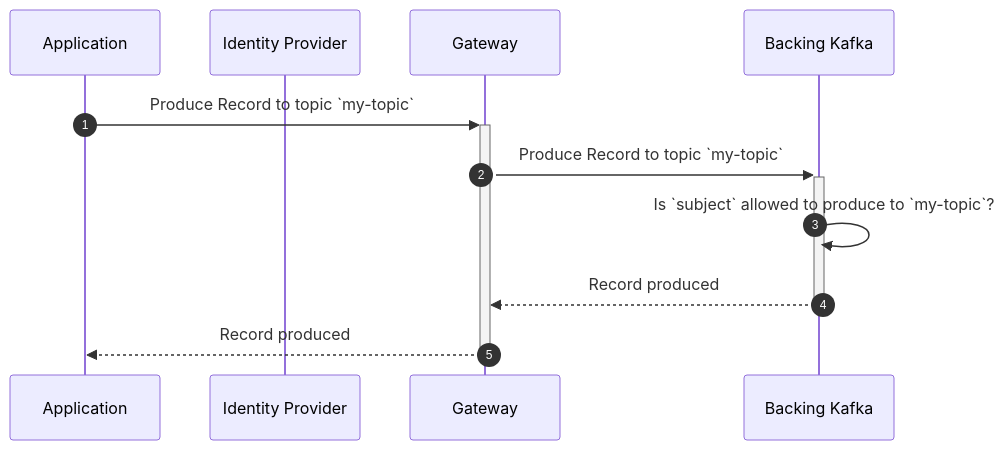
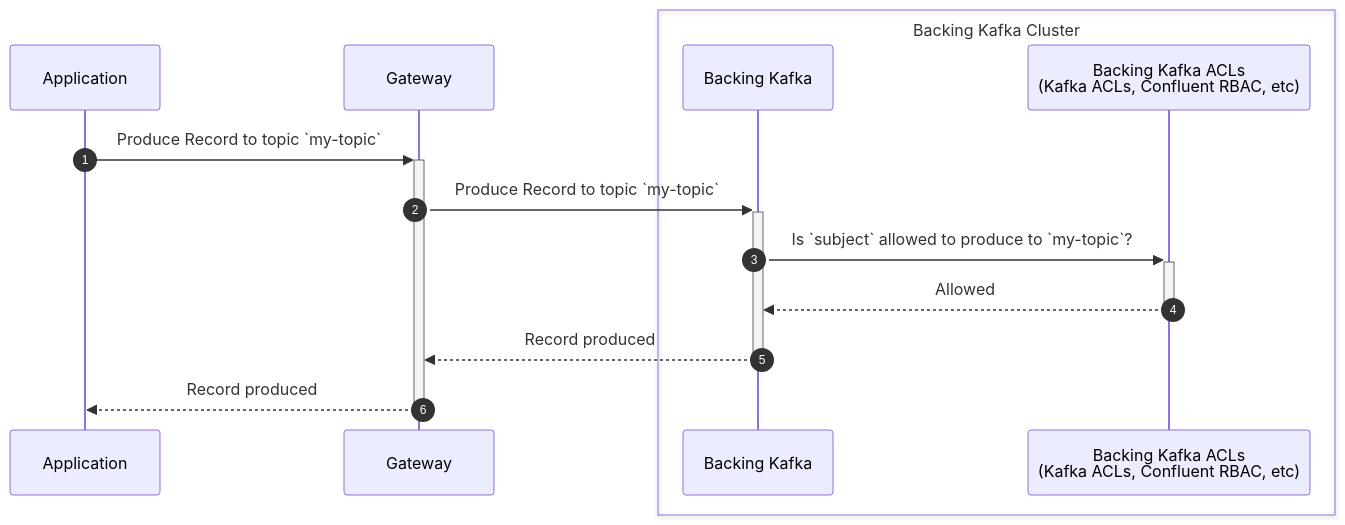
One commit to conduktor/conduktor-docs changed the eighth of 8 diagrams in docs/gateway/configuration/index.md. Above: the diagram before and after it, drawn with Mermaid. The commit also changed other lines of this file, not shown here.

Commit message:
Option: with Backing Kafka ACLs

````diff
--- a/docs/gateway/configuration/index.md
+++ b/docs/gateway/configuration/index.md
@@ -173,13 +187,17 @@
 ```mermaid
 sequenceDiagram
 	autonumber
 	participant A as Application 
-	participant I as Identity Provider
     participant GW as Gateway
+    box Backing Kafka Cluster
     participant K as Backing Kafka 
+    participant K2 as Backing Kafka ACLs<br/>(Kafka ACLs, Confluent RBAC, etc)
+    end
+    
     A->>+GW: Produce Record to topic `my-topic`
     GW->>+K: Produce Record to topic `my-topic`
-    K->>K: Is `subject` allowed to produce to `my-topic`?
+    K->>+K2: Is `subject` allowed to produce to `my-topic`?
+    K2-->>-K: Allowed
     K-->>-GW: Record produced
     GW-->>-A: Record produced
 ```
````
